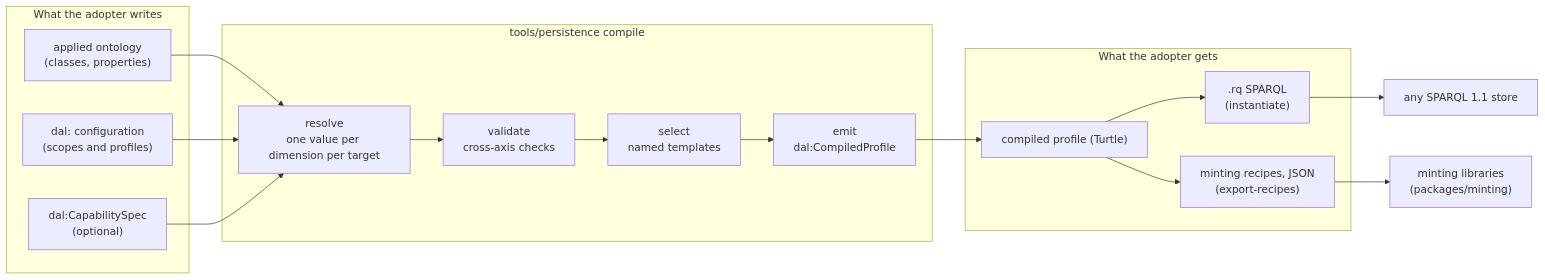
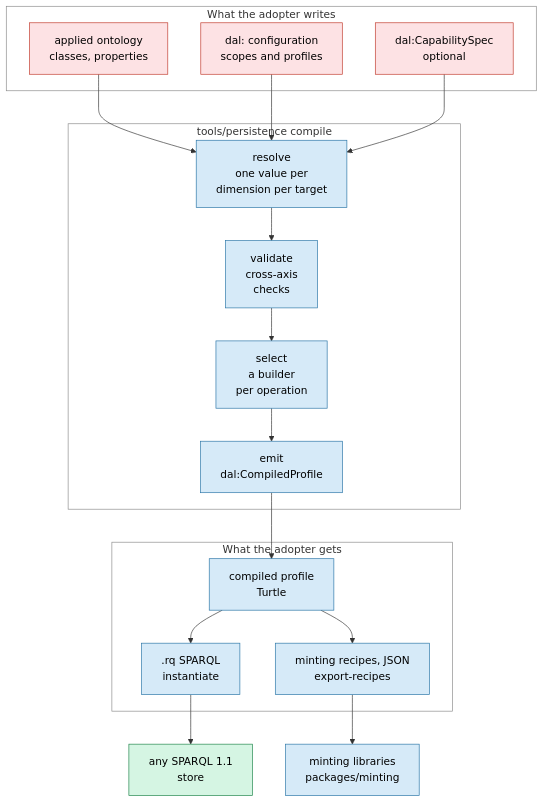
One commit to nebularis/lattice changed the first of 50 diagrams in ontology/persistence/README.md. Above: the diagram before and after it, drawn with Mermaid. The commit also changed other lines of this file and 9 other files, not shown here.

````diff
--- a/ontology/persistence/README.md
+++ b/ontology/persistence/README.md
@@ -76,28 +76,34 @@
 ```mermaid
-flowchart LR
+flowchart TB
     subgraph AUTHOR["What the adopter writes"]
-        AO["applied ontology<br/>(classes, properties)"]
-        CFG["dal: configuration<br/>(scopes and profiles)"]
-        CAP["dal:CapabilitySpec<br/>(optional)"]
+        AO["applied ontology<br/>classes, properties"]:::author
+        CFG["dal: configuration<br/>scopes and profiles"]:::author
+        CAP["dal:CapabilitySpec<br/>optional"]:::author
     end
     subgraph COMPILE["tools/persistence compile"]
-        R["resolve<br/>one value per dimension per target"]
-        V["validate<br/>cross-axis checks"]
-        S["select<br/>named templates"]
-        E["emit<br/>dal:CompiledProfile"]
+        R["resolve<br/>one value per<br/>dimension per target"]:::tool
+        V["validate<br/>cross-axis<br/>checks"]:::tool
+        S["select<br/>a builder<br/>per operation"]:::tool
+        E["emit<br/>dal:CompiledProfile"]:::tool
         R --> V --> S --> E
     end
     subgraph OUT["What the adopter gets"]
-        CP["compiled profile (Turtle)"]
-        RQ[".rq SPARQL<br/>(instantiate)"]
-        RC["minting recipes, JSON<br/>(export-recipes)"]
+        CP["compiled profile<br/>Turtle"]:::tool
+        RQ[".rq SPARQL<br/>instantiate"]:::tool
+        RC["minting recipes, JSON<br/>export-recipes"]:::tool
     end
     AO --> R
     CFG --> R
     CAP --> R
     E --> CP
     CP --> RQ
     CP --> RC
-    RC --> ML["minting libraries<br/>(packages/minting)"]
-    RQ --> ST["any SPARQL 1.1 store"]
+    RC --> ML["minting libraries<br/>packages/minting"]:::tool
+    RQ --> ST["any SPARQL 1.1<br/>store"]:::store
+    style AUTHOR fill:none,stroke:#8a8a8a
+    style COMPILE fill:none,stroke:#8a8a8a
+    style OUT fill:none,stroke:#8a8a8a
+    classDef author fill:#fde2e4,stroke:#c0392b,color:#000
+    classDef tool fill:#d6eaf8,stroke:#2874a6,color:#000
+    classDef store fill:#d5f5e3,stroke:#1e8449,color:#000
 ```
````
